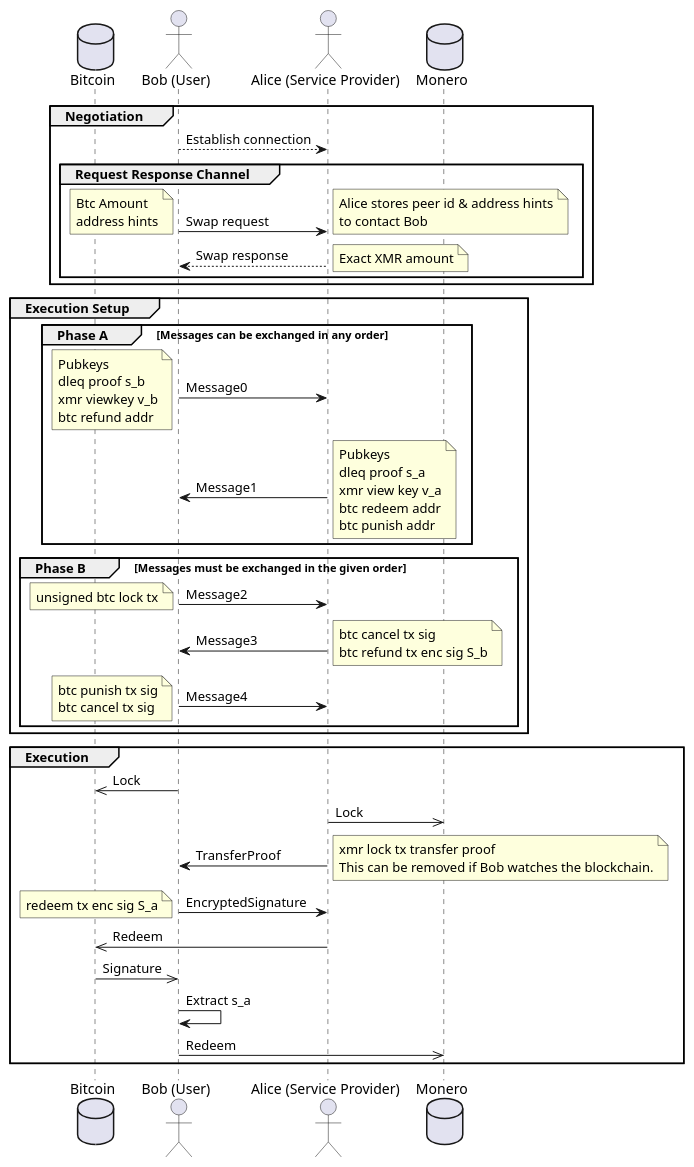
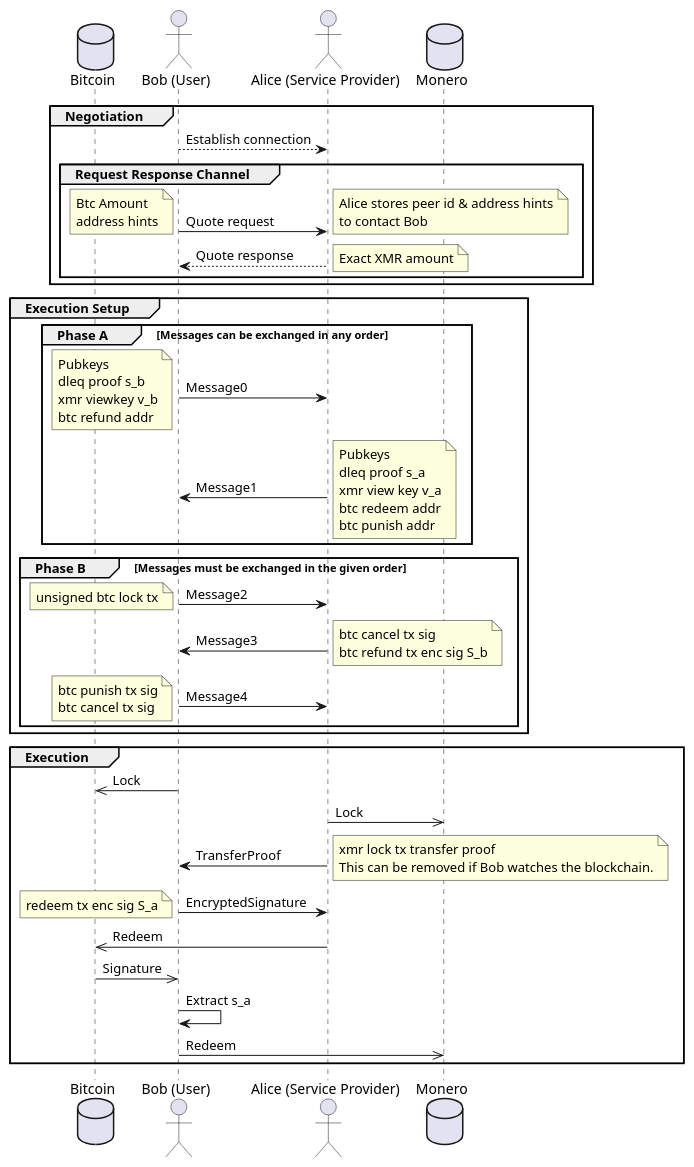
Before and after one commit to comit-network/xmr-btc-swap: the diagram in docs/sequence.puml, drawn with PlantUML. The commit also changed 8 other files, not shown here.

Commit message:
The first message is actually a quote or rate request

```diff
--- a/docs/sequence.puml
+++ b/docs/sequence.puml
@@ -1,64 +1,64 @@
 @startuml
 database Bitcoin
 actor Bob as "Bob (User)"
 Actor Alice as "Alice (Service Provider)"
 database Monero
 
 group Negotiation
 
     Bob --> Alice: Establish connection
 
     group Request Response Channel
-        Bob -> Alice: Swap request
+        Bob -> Alice: Quote request
         note left: Btc Amount\naddress hints
         note right: Alice stores peer id & address hints\nto contact Bob
 
-        Alice --> Bob: Swap response
+        Alice --> Bob: Quote response
         note right: Exact XMR amount
     end
 end
 
 group Execution Setup
     group Phase A [Messages can be exchanged in any order]
         Bob -> Alice: Message0
         note left: Pubkeys\ndleq proof s_b\nxmr viewkey v_b\nbtc refund addr
 
         Alice -> Bob: Message1
         note right: Pubkeys\ndleq proof s_a\nxmr view key v_a\nbtc redeem addr\nbtc punish addr
     end
 
     group Phase B [Messages must be exchanged in the given order]
 
         Bob -> Alice: Message2
         note left: unsigned btc lock tx
 
         Alice -> Bob: Message3
         note right: btc cancel tx sig\nbtc refund tx enc sig S_b
 
         Bob -> Alice: Message4
         note left: btc punish tx sig\nbtc cancel tx sig
 
     end
 end
 
 group Execution
     Bob ->> Bitcoin: Lock
 
     Alice ->> Monero: Lock
 
     Alice -> Bob: TransferProof
     note right: xmr lock tx transfer proof\nThis can be removed if Bob watches the blockchain.
 
     Bob -> Alice: EncryptedSignature
     note left: redeem tx enc sig S_a
 
     Alice ->> Bitcoin: Redeem
 
     Bitcoin ->> Bob: Signature
 
     Bob -> Bob: Extract s_a
 
     Bob ->> Monero: Redeem
 end
 
 @enduml
```
